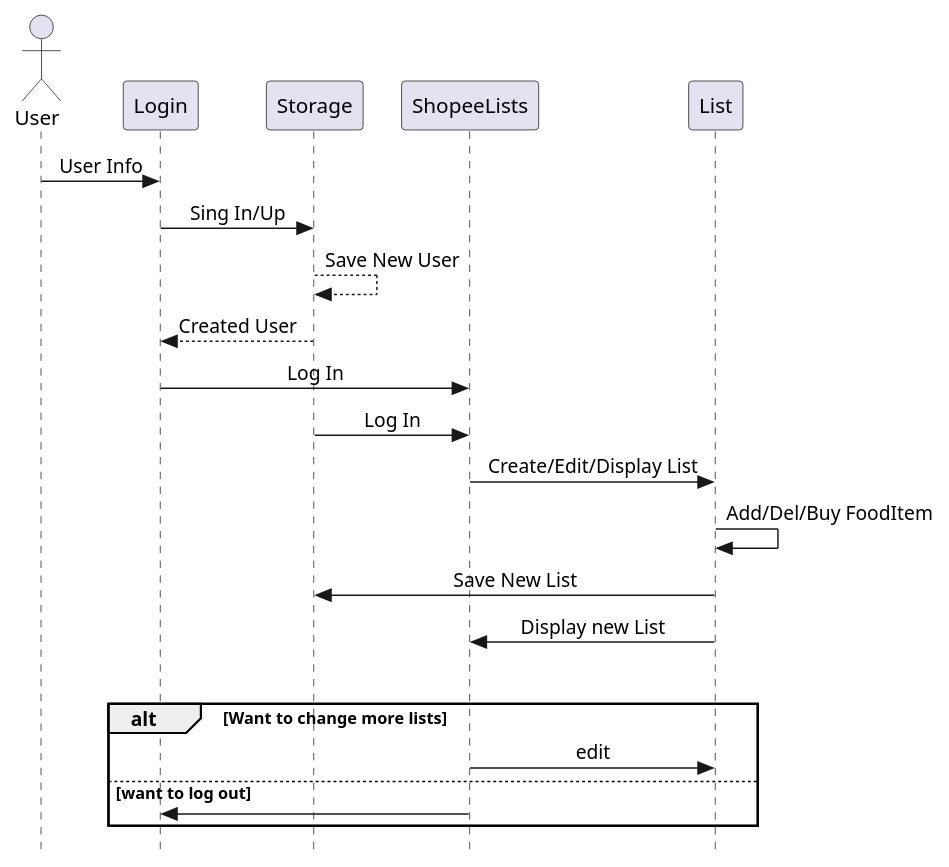
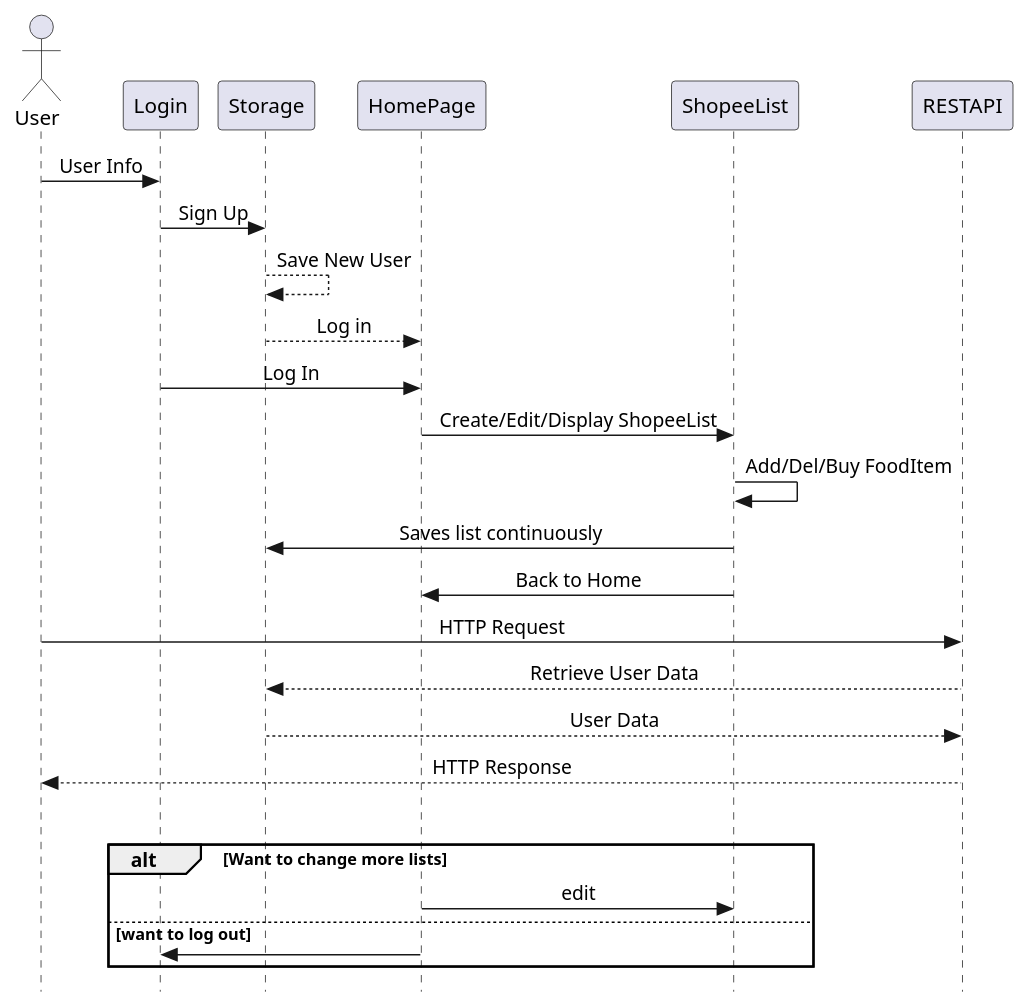
Before and after one commit to unemstimo/Shopee: the diagram in diagrams/sequence.plantuml, drawn with PlantUML.

Commit message:
Modified the sequense diagram. Might need change, therefore doesnt change task

```diff
--- a/diagrams/sequence.plantuml
+++ b/diagrams/sequence.plantuml
@@ -1,27 +1,35 @@
 @startuml Shopee
 
 
  skinparam Style strictuml
  skinparam SequenceMessageAlignment center
 
 
 
  actor User 
  User -> Login : User Info
- Login -> Storage : Sing In/Up
+ Login -> Storage : Sign Up
  Storage --> Storage : Save New User
- Storage --> Login : Created User
- Login -> ShopeeLists: Log In
- Storage -> ShopeeLists : Log In
- ShopeeLists -> List : Create/Edit/Display List
- List -> List : Add/Del/Buy FoodItem 
- List -> Storage : Save New List
- List -> ShopeeLists : Display new List
+ Storage --> HomePage : Log in
+ Login -> HomePage: Log In
+ HomePage -> ShopeeList : Create/Edit/Display ShopeeList
+ ShopeeList -> ShopeeList : Add/Del/Buy FoodItem 
+ ShopeeList -> Storage : Saves list continuously
+ ShopeeList -> HomePage : Back to Home
+ 
+
+ 'This might be the wrong representation of the restapi??
+ User -> RESTAPI : HTTP Request
+ RESTAPI --> Storage : Retrieve User Data
+ Storage --> RESTAPI : User Data
+ RESTAPI --> User : HTTP Response
+
+
  loop endre
  alt Want to change more lists
-     ShopeeLists -> List : edit 
+     HomePage -> ShopeeList : edit 
  else want to log out
-     ShopeeLists -> Login
+     HomePage -> Login
 end 
 
 @enduml
```
